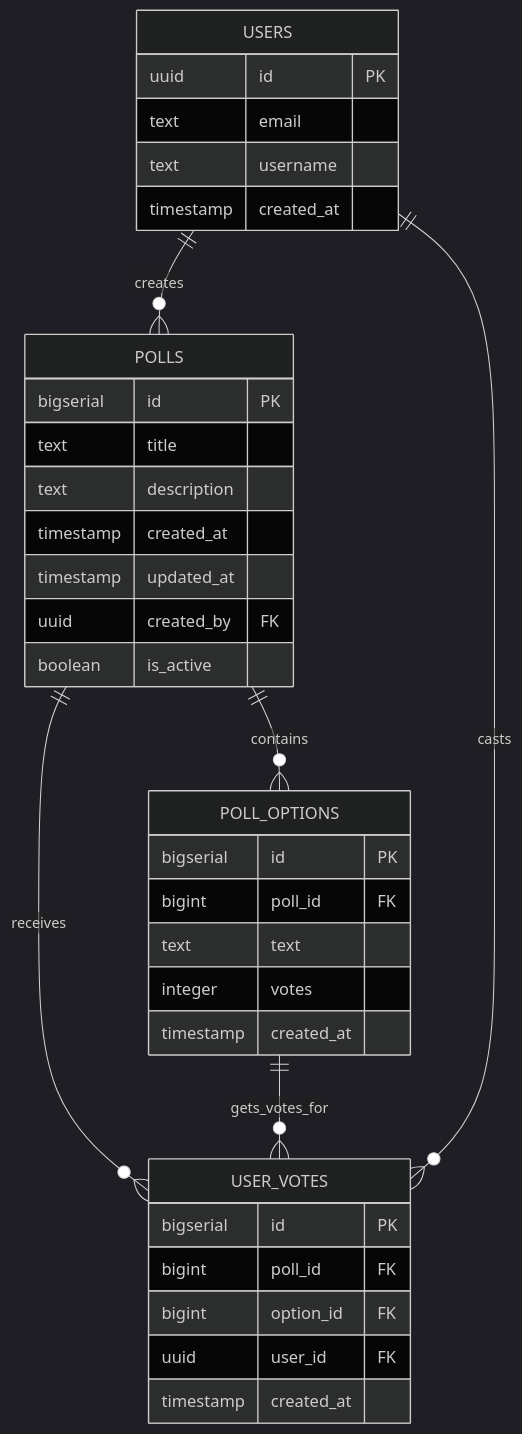
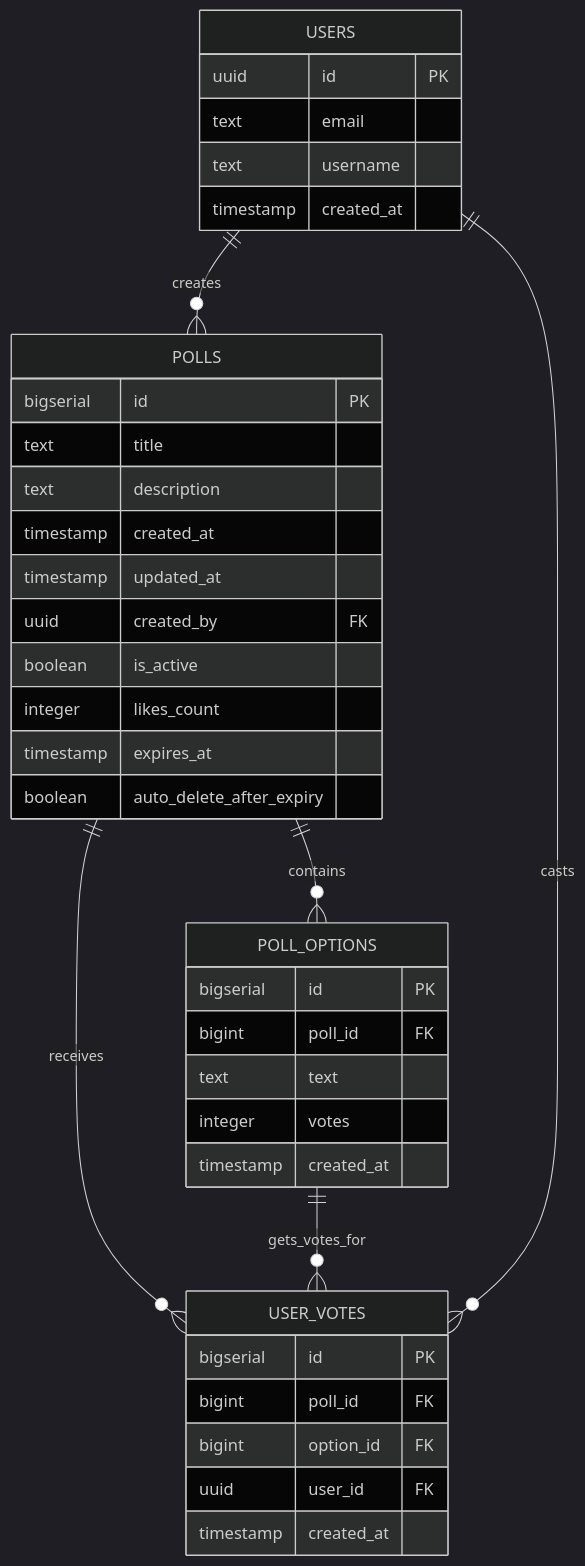
The second of 2 diagrams in README.md (Ahmadre/Pollino), drawn with Mermaid (dark theme) before and after one commit. The commit also changed other lines of this file, not shown here.

````diff
--- a/README.md
+++ b/README.md
@@ -130,41 +135,44 @@
 ```mermaid
 erDiagram
     POLLS {
         bigserial id PK
         text title
         text description
         timestamp created_at
         timestamp updated_at
         uuid created_by FK
         boolean is_active
+        integer likes_count
+        timestamp expires_at
+        boolean auto_delete_after_expiry
     }
     
     POLL_OPTIONS {
         bigserial id PK
         bigint poll_id FK
         text text
         integer votes
         timestamp created_at
     }
     
     USER_VOTES {
         bigserial id PK
         bigint poll_id FK
         bigint option_id FK
         uuid user_id FK
         timestamp created_at
     }
     
     USERS {
         uuid id PK
         text email
         text username
         timestamp created_at
     }
 
     POLLS ||--o{ POLL_OPTIONS : "contains"
     POLLS ||--o{ USER_VOTES : "receives"
     POLL_OPTIONS ||--o{ USER_VOTES : "gets_votes_for"
     USERS ||--o{ USER_VOTES : "casts"
     USERS ||--o{ POLLS : "creates"
 ```
````
